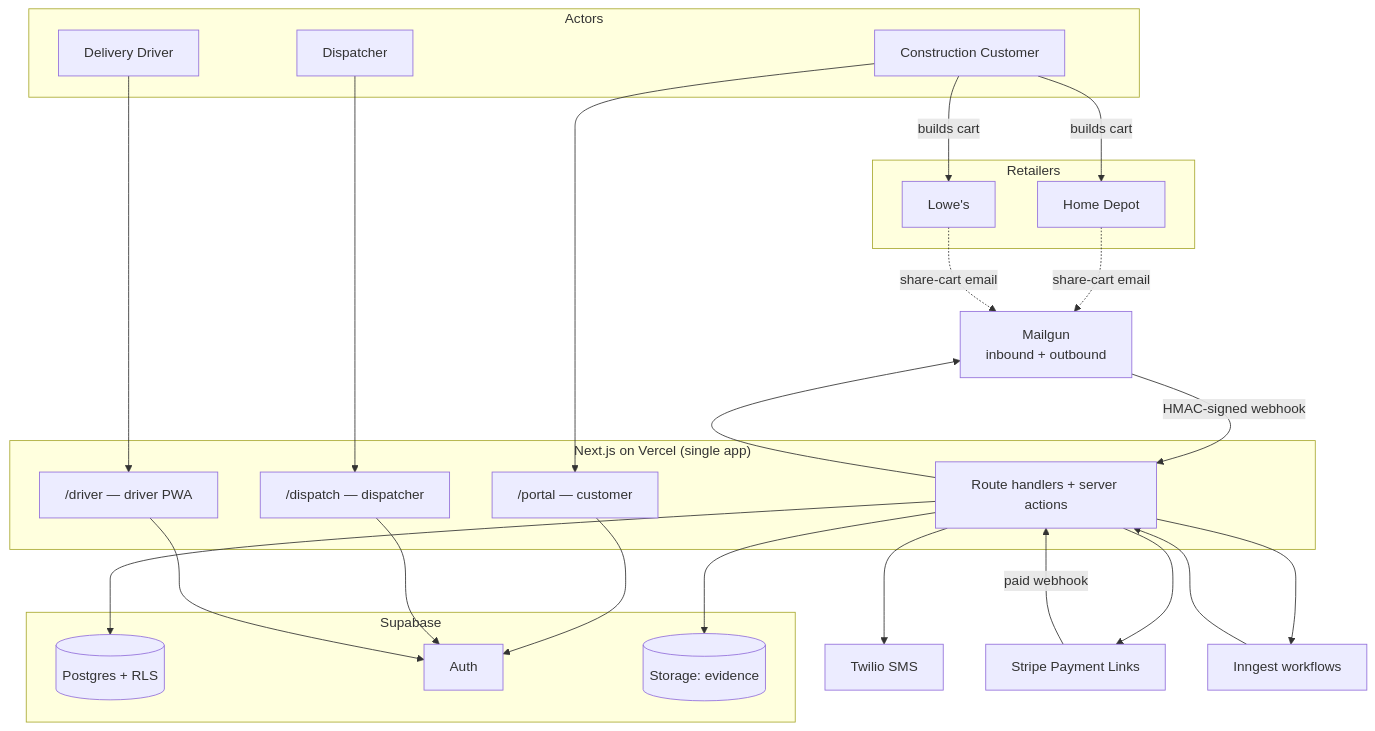
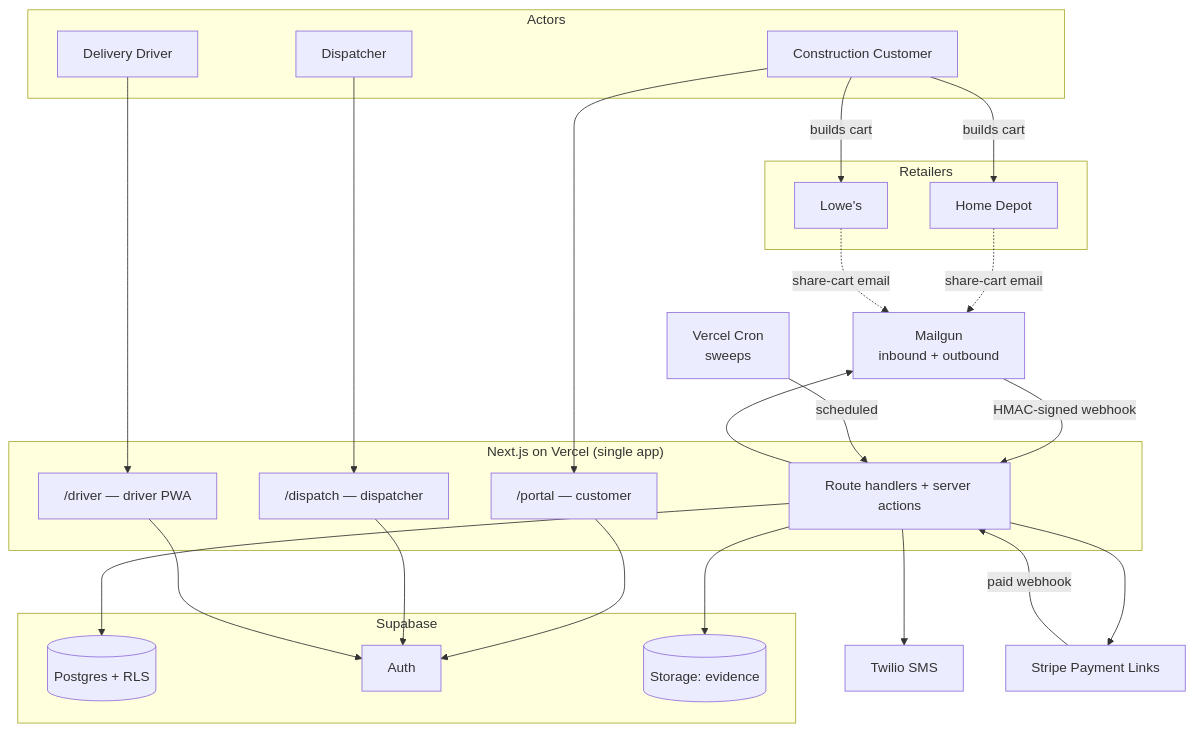
Before and after one commit to apalumbi/DeliveryApp: the first of 4 diagrams in docs/architecture/00-overview.md, drawn with Mermaid. The commit also changed other lines of this file and 22 other files, not shown here.

````diff
--- a/docs/architecture/00-overview.md
+++ b/docs/architecture/00-overview.md
@@ -95,51 +95,50 @@
 ```mermaid
 flowchart TB
     subgraph Actors
         C[Construction Customer]
         D[Dispatcher]
         R[Delivery Driver]
     end
 
     subgraph Retailers
         HD[Home Depot]
         LW["Lowe's"]
     end
 
     subgraph App["Next.js on Vercel (single app)"]
         PORTAL["/portal — customer"]
         DISP["/dispatch — dispatcher"]
         DRIVER["/driver — driver PWA"]
         API[Route handlers + server actions]
     end
 
     subgraph Supabase
         PG[(Postgres + RLS)]
         AUTH[Auth]
         STORE[(Storage: evidence)]
     end
 
     MG["Mailgun<br/>inbound + outbound"]
     TW[Twilio SMS]
     ST[Stripe Payment Links]
-    ING[Inngest workflows]
+    CRON["Vercel Cron<br/>sweeps"]
 
     C -->|builds cart| HD
     C -->|builds cart| LW
     HD -.->|share-cart email| MG
     LW -.->|share-cart email| MG
     MG -->|HMAC-signed webhook| API
-    API --> ING
-    ING --> API
+    CRON -->|scheduled| API
     API --> PG
     API --> STORE
     API --> MG
     API --> TW
     API --> ST
     ST -->|paid webhook| API
     C --> PORTAL
     D --> DISP
     R --> DRIVER
     PORTAL --> AUTH
     DISP --> AUTH
     DRIVER --> AUTH
 ```
````
